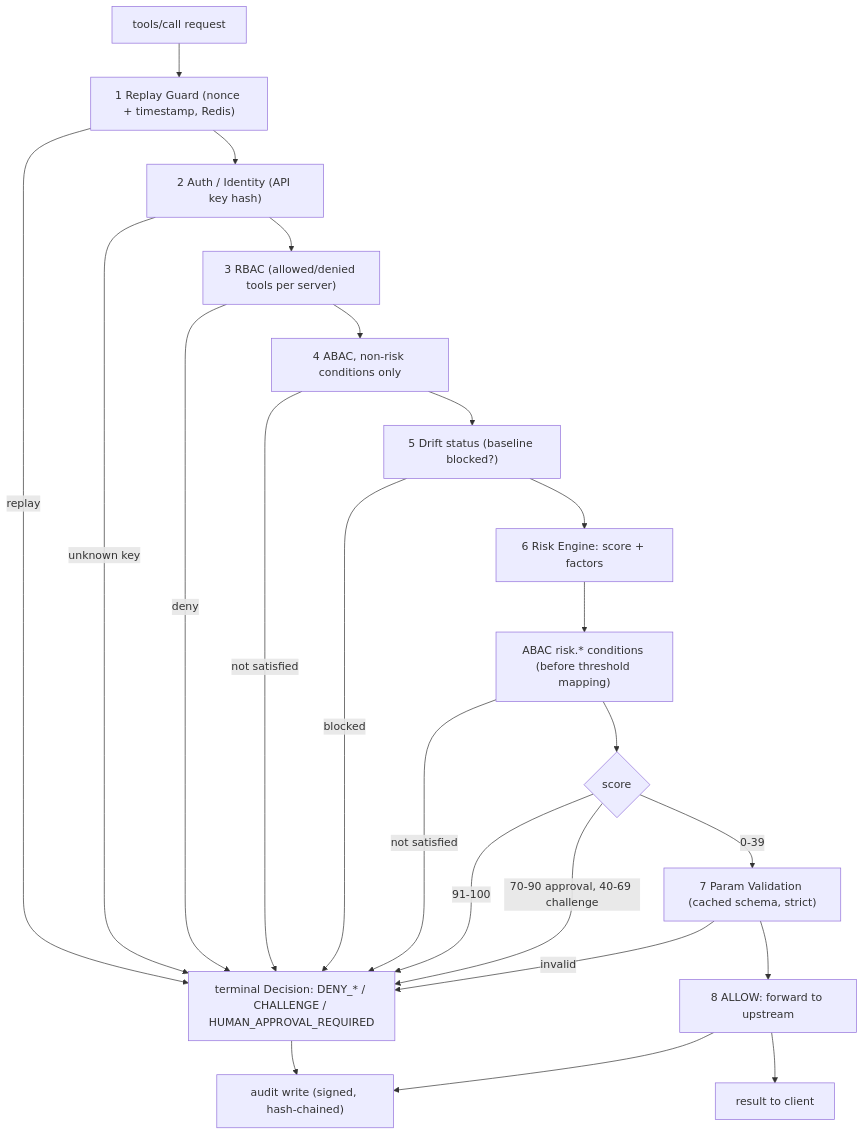
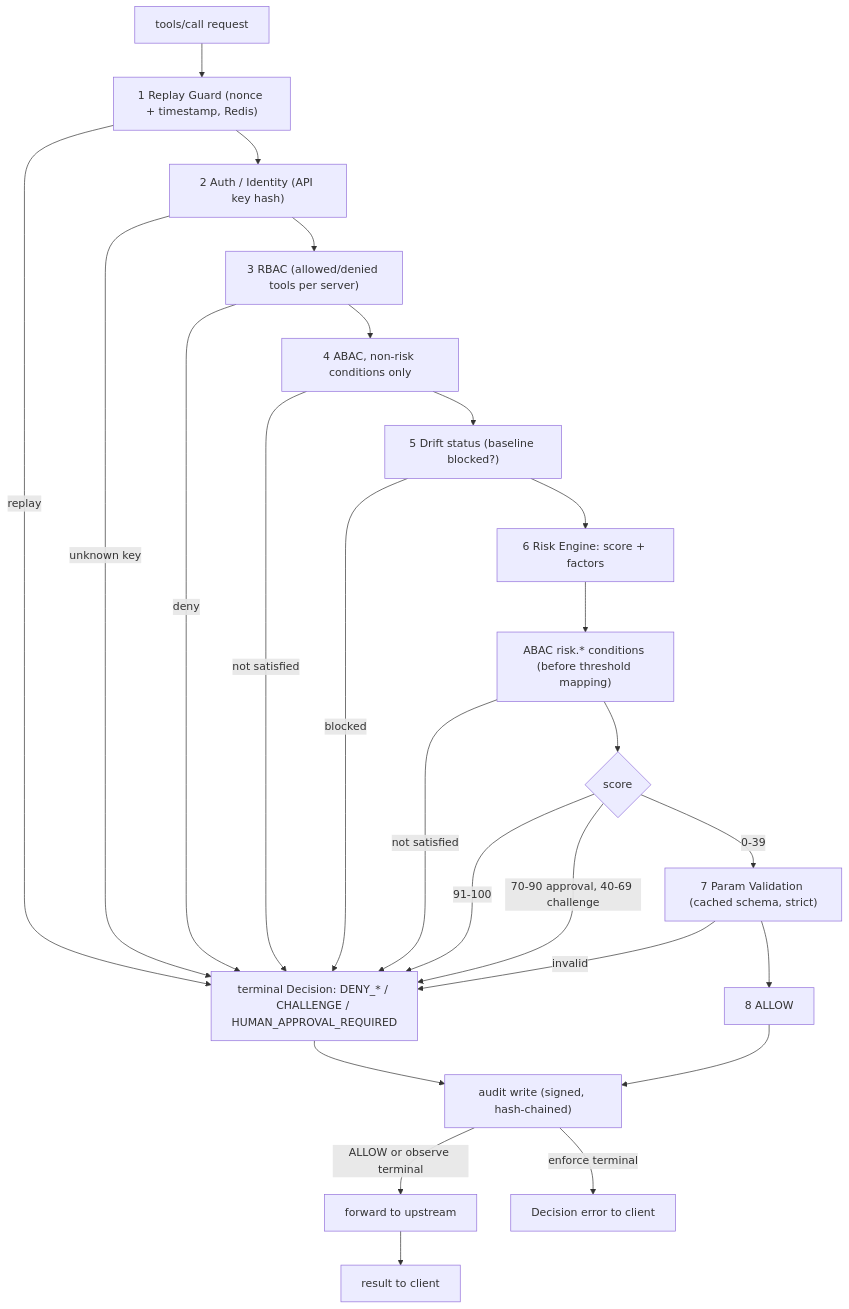
Before and after one commit to BashaarJavaid/PortunusMCP: the fifth of 5 diagrams in ARCHITECTURE.md, drawn with Mermaid. The commit also changed other lines of this file and 29 other files, not shown here.

````diff
--- a/ARCHITECTURE.md
+++ b/ARCHITECTURE.md
@@ -214,25 +221,27 @@
 ```mermaid
 graph TD
     IN["tools/call request"] --> P1["1 Replay Guard (nonce + timestamp, Redis)"]
     P1 -->|replay| T["terminal Decision: DENY_* / CHALLENGE / HUMAN_APPROVAL_REQUIRED"]
     P1 --> P2["2 Auth / Identity (API key hash)"]
     P2 -->|unknown key| T
     P2 --> P3["3 RBAC (allowed/denied tools per server)"]
     P3 -->|deny| T
     P3 --> P4["4 ABAC, non-risk conditions only"]
     P4 -->|not satisfied| T
     P4 --> P5["5 Drift status (baseline blocked?)"]
     P5 -->|blocked| T
     P5 --> P6["6 Risk Engine: score + factors"]
     P6 --> P6b["ABAC risk.* conditions (before threshold mapping)"]
     P6b -->|not satisfied| T
     P6b --> P6c{"score"}
     P6c -->|"91-100"| T
     P6c -->|"70-90 approval, 40-69 challenge"| T
     P6c -->|"0-39"| P7["7 Param Validation (cached schema, strict)"]
     P7 -->|invalid| T
-    P7 --> P8["8 ALLOW: forward to upstream"]
-    P8 --> RES["result to client"]
+    P7 --> P8["8 ALLOW"]
     T --> AUD["audit write (signed, hash-chained)"]
     P8 --> AUD
+    AUD -->|"ALLOW or observe terminal"| UP["forward to upstream"]
+    AUD -->|"enforce terminal"| ERR["Decision error to client"]
+    UP --> RES["result to client"]
 ```
````
